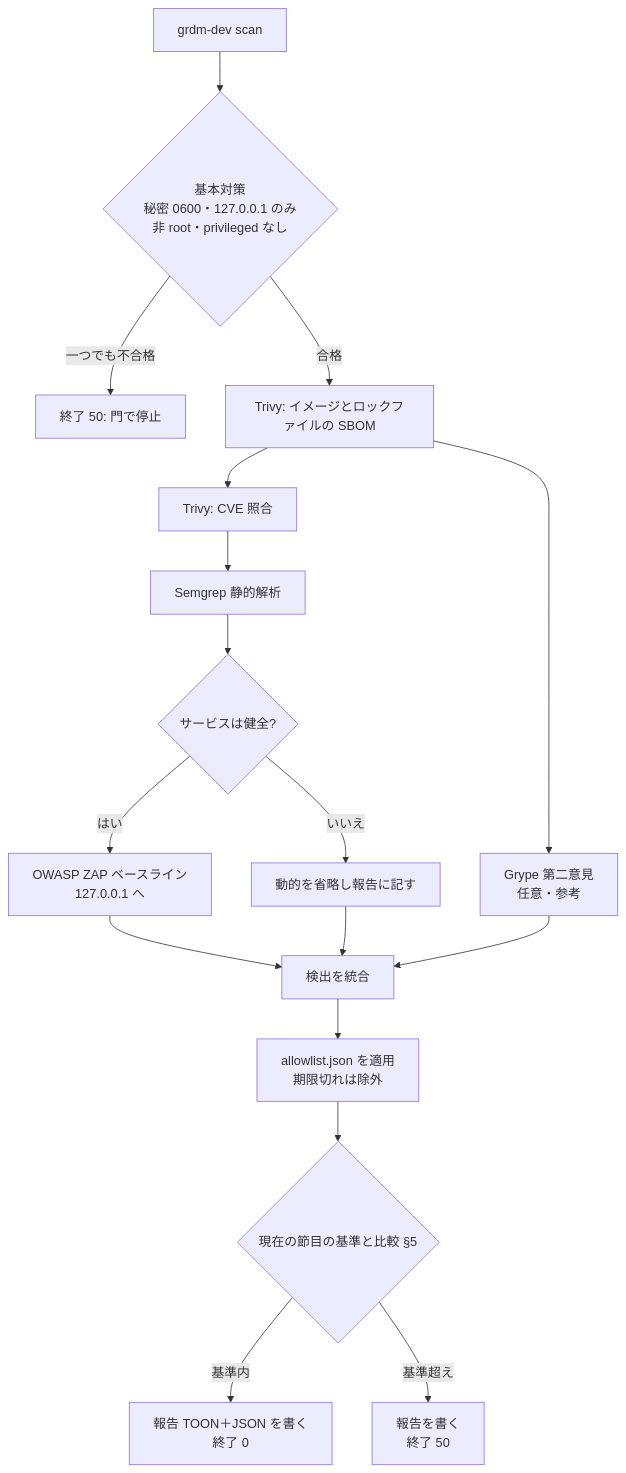
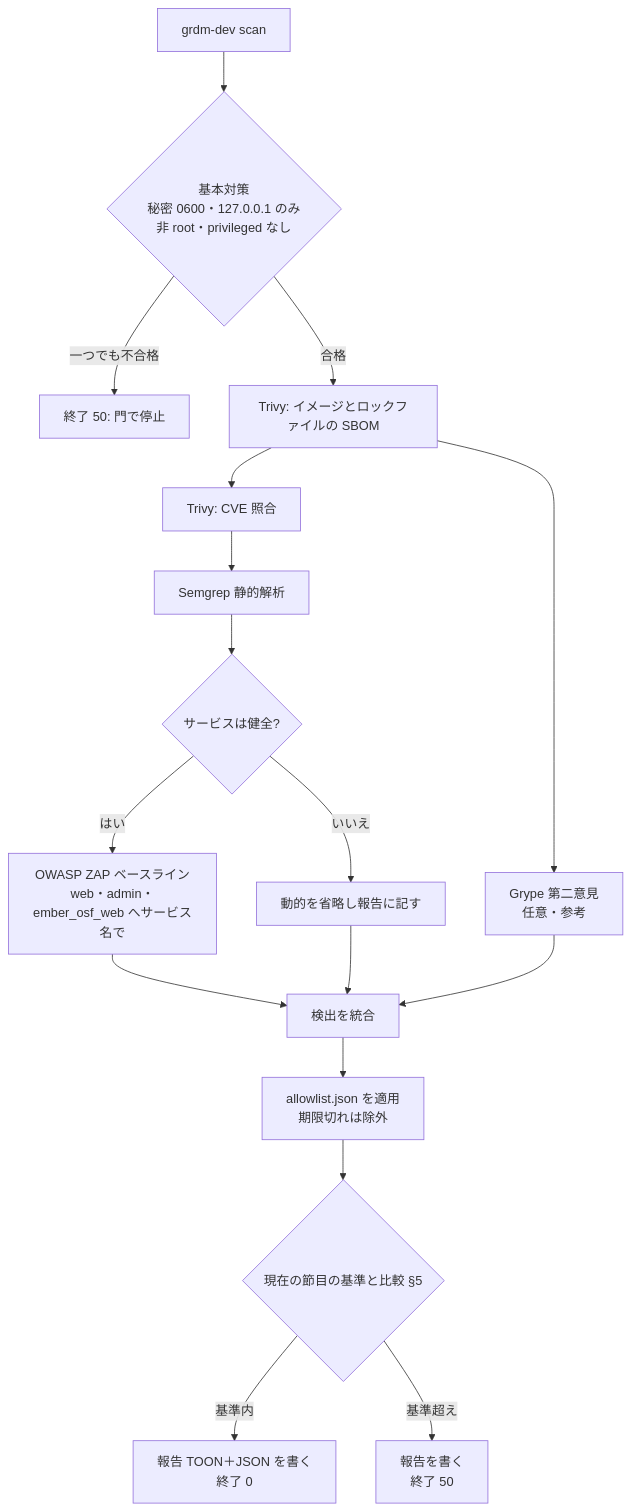
Before and after one commit to RCOSDP/RDM-developer-guide: the third of 4 diagrams in docs/spec/03_security_gate.md, drawn with Mermaid. The commit also changed other lines of this file and 68 other files, not shown here.

````diff
--- a/docs/spec/03_security_gate.md
+++ b/docs/spec/03_security_gate.md
@@ -330,19 +333,19 @@
 ```mermaid
 flowchart TD
     A[grdm-dev scan] --> B{基本対策<br/>秘密 0600・127.0.0.1 のみ<br/>非 root・privileged なし}
     B -- 一つでも不合格 --> X[終了 50: 門で停止]
     B -- 合格 --> C[Trivy: イメージとロックファイルの SBOM]
     C --> D[Trivy: CVE 照合]
     C --> E[Grype 第二意見<br/>任意・参考]
     D --> F[Semgrep 静的解析]
     F --> G{サービスは健全?}
-    G -- はい --> H[OWASP ZAP ベースライン<br/>127.0.0.1 へ]
+    G -- はい --> H["OWASP ZAP ベースライン<br/>web・admin・ember_osf_web へサービス名で"]
     G -- いいえ --> I[動的を省略し報告に記す]
     H --> J[検出を統合]
     I --> J
     E --> J
     J --> K[allowlist.json を適用<br/>期限切れは除外]
     K --> L{現在の節目の基準と比較 §5}
     L -- 基準内 --> M[報告 TOON＋JSON を書く<br/>終了 0]
     L -- 基準超え --> N[報告を書く<br/>終了 50]
 ```
````
